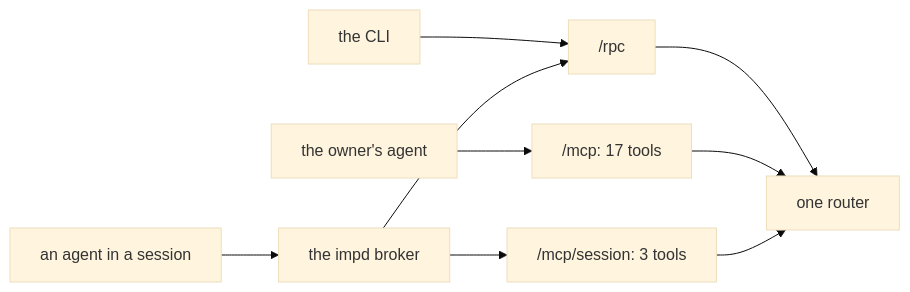
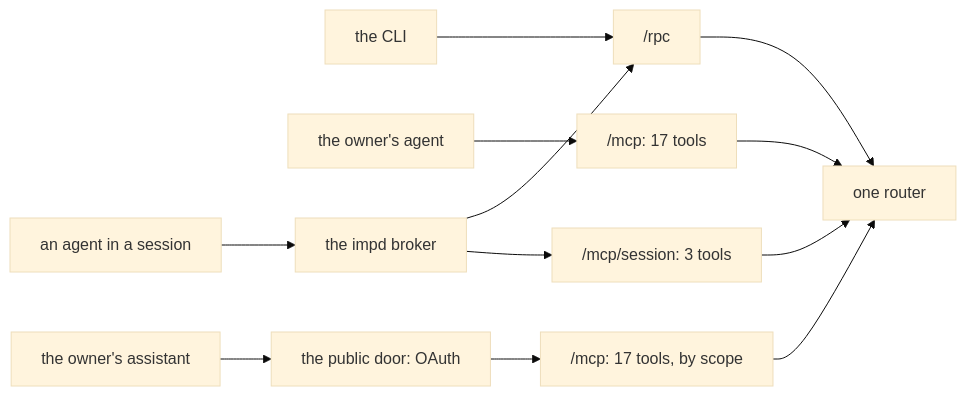
One commit to zgeoff/boxxy changed the diagram in docs/design/boxxy/v1-api-and-auth.md. Above: the diagram before and after it, drawn with Mermaid (base theme). The commit also changed other lines of this file and 12 other files, not shown here.

Commit message:
docs: describe the public owner door and record the decision

````diff
--- a/docs/design/boxxy/v1-api-and-auth.md
+++ b/docs/design/boxxy/v1-api-and-auth.md
@@ -7,11 +7,13 @@
 ```mermaid
 flowchart LR
   cli[the CLI] --> rpc["/rpc"]
   owner[the owner's agent] --> mcp["/mcp: 17 tools"]
+  remote[the owner's assistant] --> oauth[the public door: OAuth] --> pmcp["/mcp: 17 tools, by scope"]
   session[an agent in a session] --> broker[the impd broker]
   broker --> rpc
   broker --> smcp["/mcp/session: 3 tools"]
   rpc --> router[one router]
   mcp --> router
+  pmcp --> router
   smcp --> router
 ```
````
